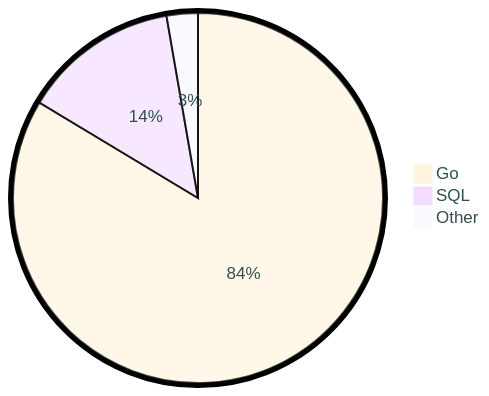
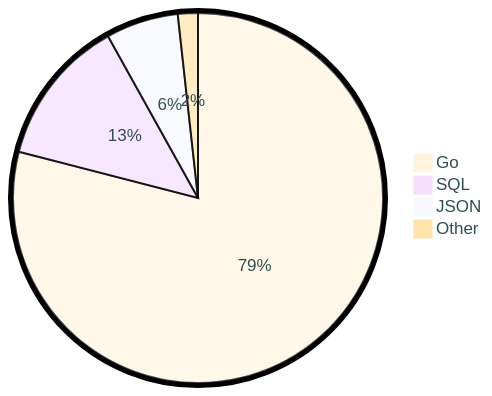
Before and after one commit to tot0p/tot0p: the diagram in README.md, drawn with Mermaid. The commit also changed other lines of this file, not shown here.

````diff
--- a/README.md
+++ b/README.md
@@ -120,7 +120,8 @@
 ```mermaid
 %%{init: {"pie": {"textPosition": 0.5}, "themeVariables": {"pieOuterStrokeWidth": "5px","primaryTextColor" : "#2F4F4F"},"theme":"base"} }%%
 pie
-	"Go": 83.62
-	"SQL": 13.65
-	"Other": 2.73
+	"Go": 79.02
+	"SQL": 12.9
+	"JSON": 6.33
+	"Other": 1.75
 ```
````
